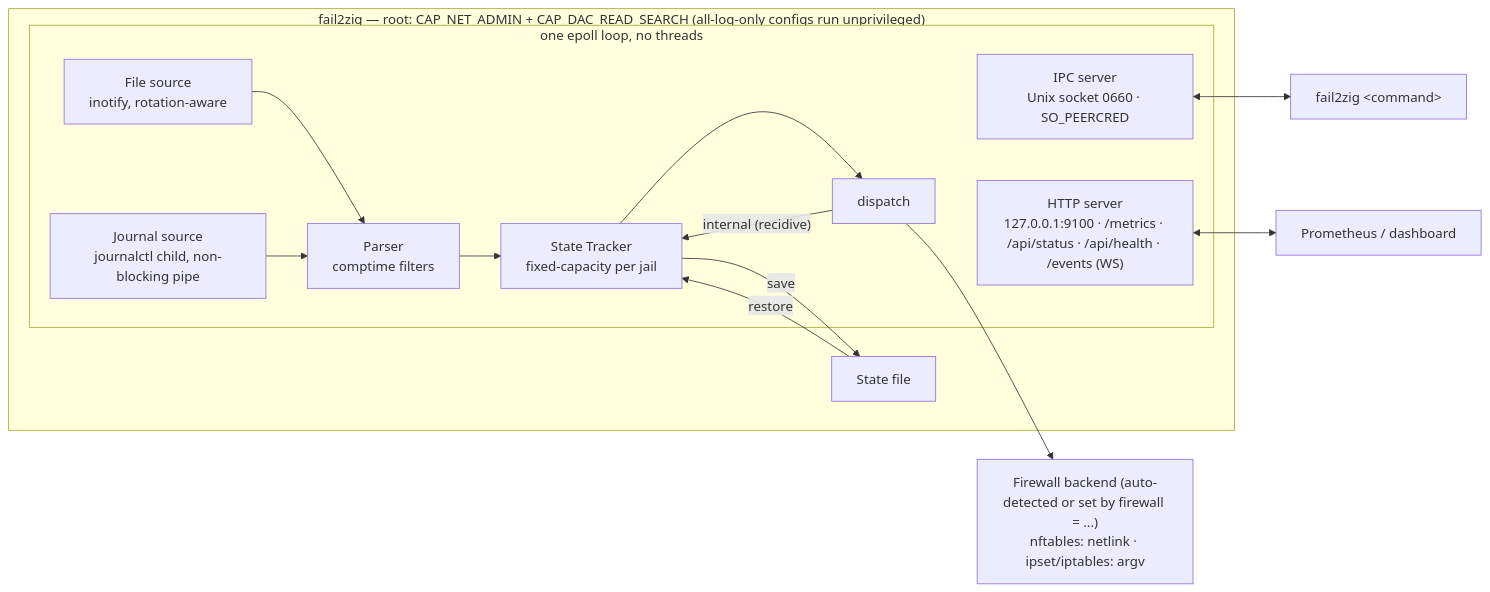
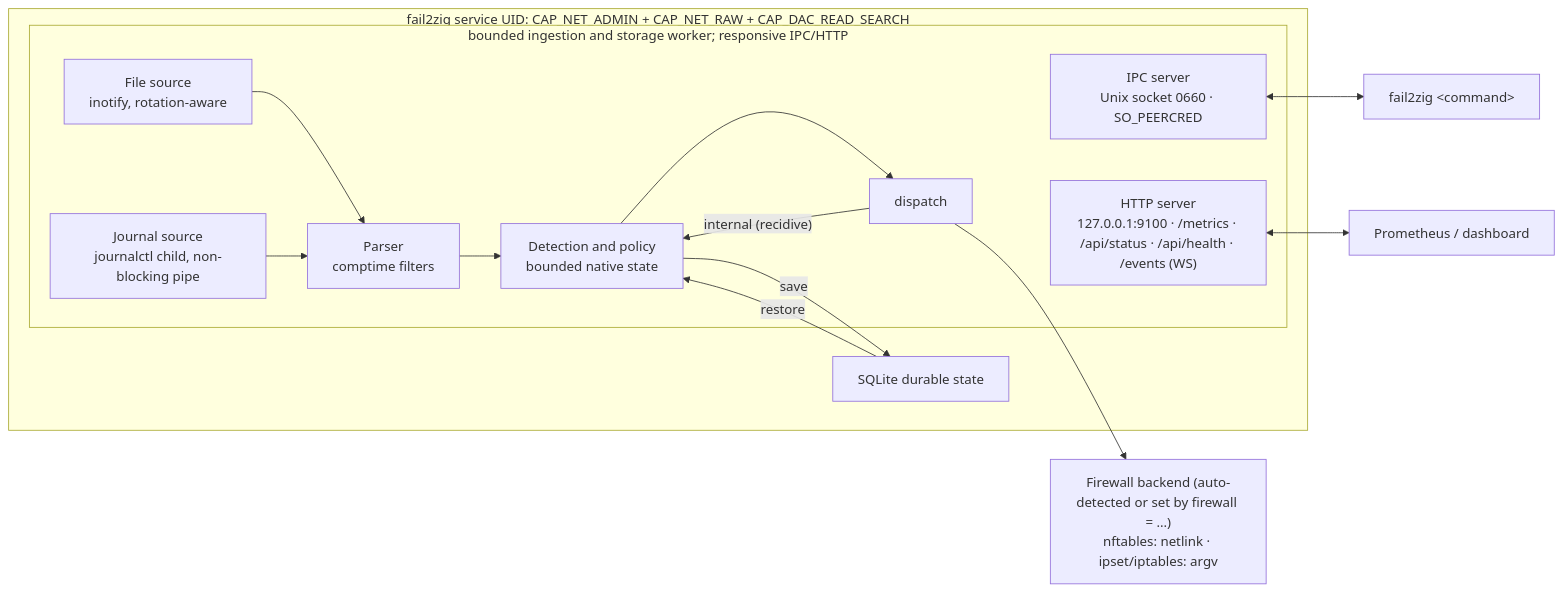
One commit to ul0gic/fail2zig changed the diagram in README.md. Above: the diagram before and after it, drawn with Mermaid. The commit also changed other lines of this file and 320 other files, not shown here.

First line of the commit message:
feat(release): prepare fail2zig 0.4.0

````diff
--- a/README.md
+++ b/README.md
@@ -123,32 +114,32 @@
 ```mermaid
 flowchart LR
-    subgraph Daemon["fail2zig — root: CAP_NET_ADMIN + CAP_DAC_READ_SEARCH (all-log-only configs run unprivileged)"]
-        subgraph Loop["one epoll loop, no threads"]
+    subgraph Daemon["fail2zig service UID: CAP_NET_ADMIN + CAP_NET_RAW + CAP_DAC_READ_SEARCH"]
+        subgraph Loop["bounded ingestion and storage worker; responsive IPC/HTTP"]
             FS["File source<br/>inotify, rotation-aware"]
             JS["Journal source<br/>journalctl child, non-blocking pipe"]
             PE["Parser<br/>comptime filters"]
-            ST["State Tracker<br/>fixed-capacity per jail"]
+            ST["Detection and policy<br/>bounded native state"]
             DP["dispatch"]
             IPC["IPC server<br/>Unix socket 0660 · SO_PEERCRED"]
             HTTP["HTTP server<br/>127.0.0.1:9100 · /metrics · /api/status · /api/health · /events (WS)"]
         end
-        SF["State file"]
+        SF["SQLite durable state"]
     end
 
     BE["Firewall backend (auto-detected or set by firewall = ...)<br/>nftables: netlink · ipset/iptables: argv"]
     CLI["fail2zig &lt;command&gt;"]
     PROM["Prometheus / dashboard"]
 
     FS --> PE
     JS --> PE
     PE --> ST
     ST --> DP
     DP --> BE
     DP -->|"internal (recidive)"| ST
     ST -->|save| SF
     SF -->|restore| ST
     IPC <--> CLI
     HTTP <--> PROM
     DP ~~~ IPC
     DP ~~~ HTTP
 ```
````
